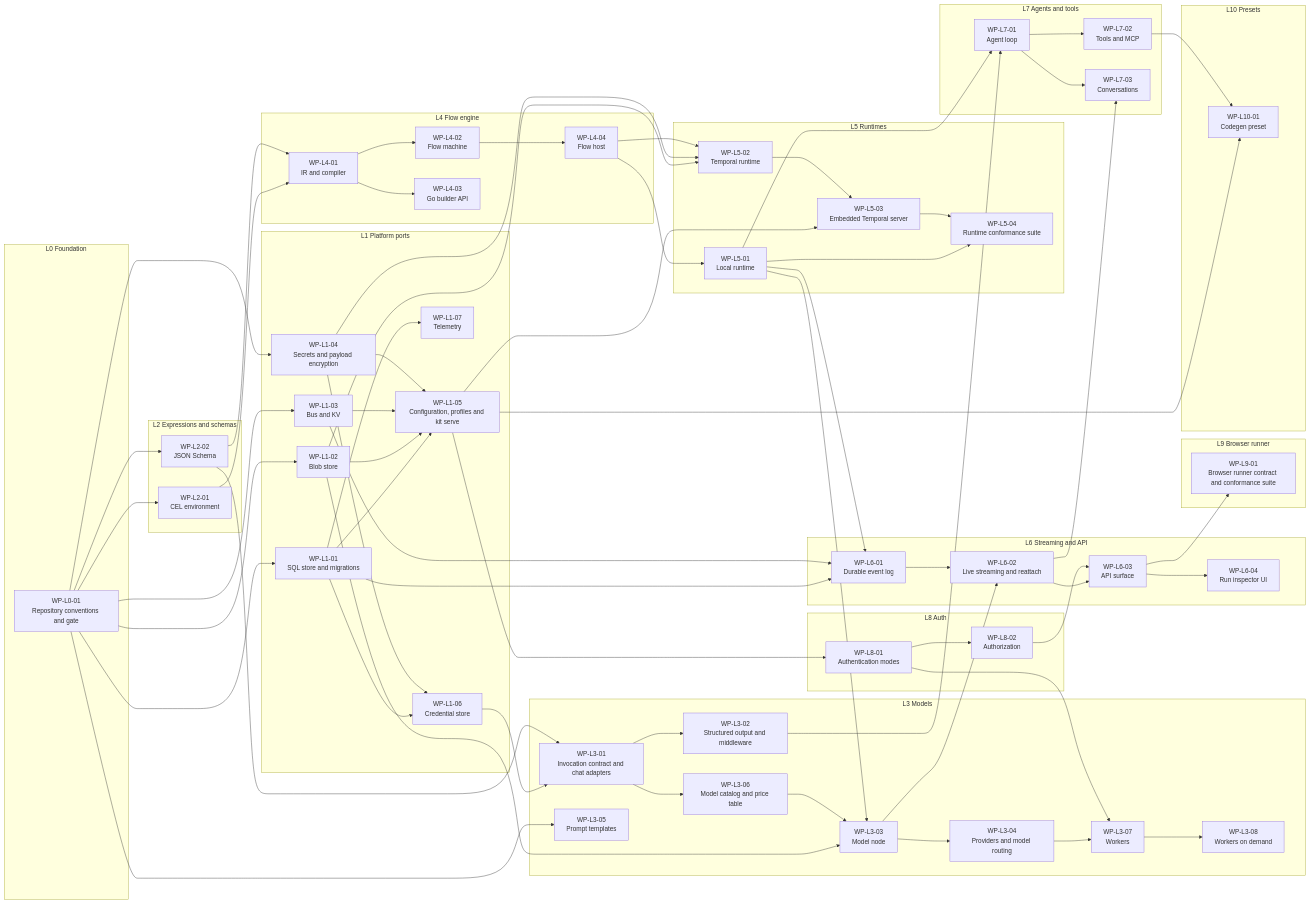
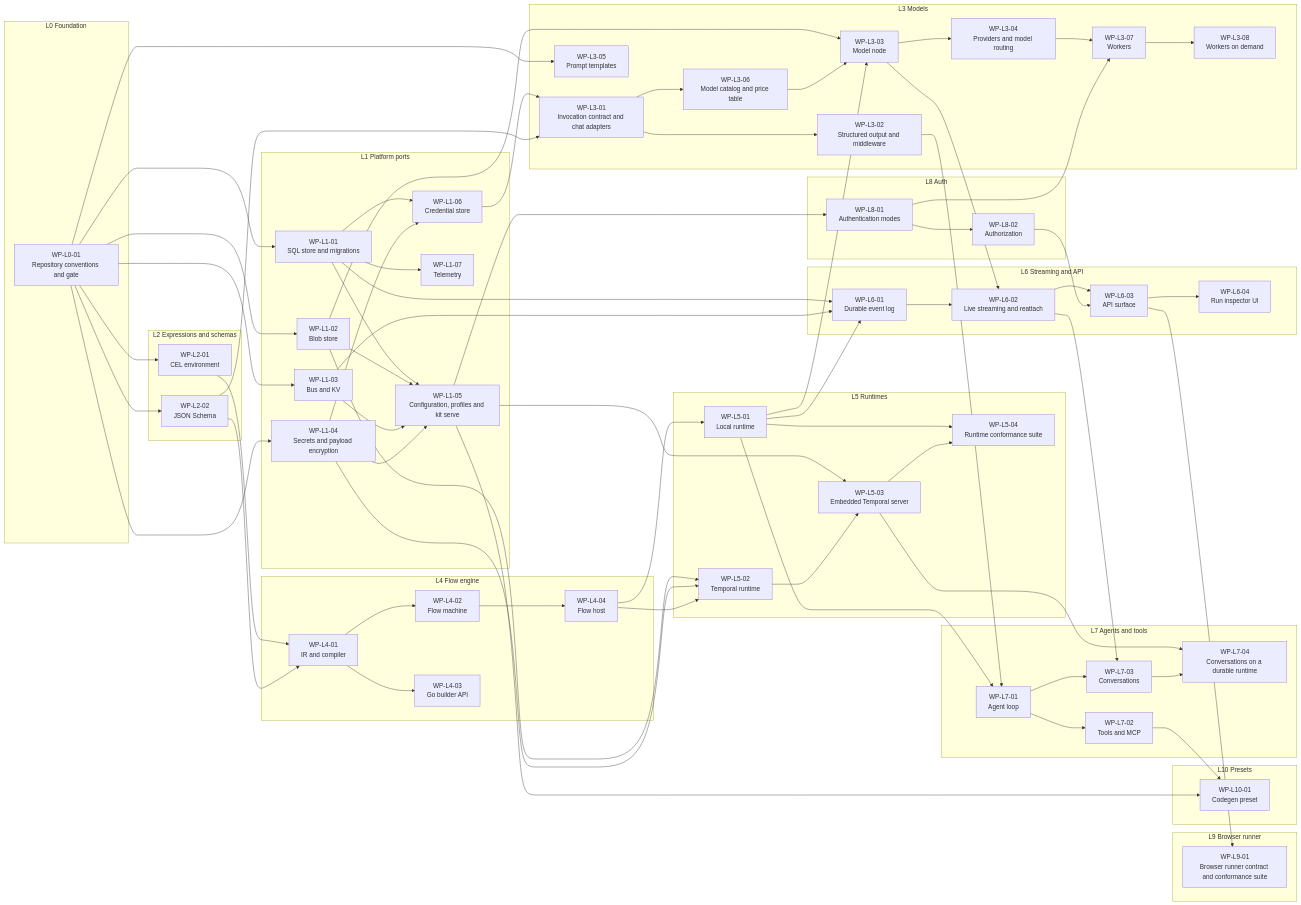
One commit to epzero/basamento changed the second of 2 diagrams in docs/roadmap/README.md. Above: the diagram before and after it, drawn with Mermaid. The commit also changed 4 other files, not shown here.

First line of the commit message:
spec(conversations): crash-resume on the temporal runtime (WP-L7-04)

```diff
--- a/docs/roadmap/README.md
+++ b/docs/roadmap/README.md
@@ -111,6 +111,7 @@
     WP_L7_01["WP-L7-01<br/>Agent loop"]
     WP_L7_02["WP-L7-02<br/>Tools and MCP"]
     WP_L7_03["WP-L7-03<br/>Conversations"]
+    WP_L7_04["WP-L7-04<br/>Conversations on a durable runtime"]
   end
   subgraph L8_epic["L8 Auth"]
     WP_L8_01["WP-L8-01<br/>Authentication modes"]
@@ -167,6 +168,7 @@
   WP_L5_01 --> WP_L7_01
   WP_L5_02 --> WP_L5_03
   WP_L5_03 --> WP_L5_04
+  WP_L5_03 --> WP_L7_04
   WP_L6_01 --> WP_L6_02
   WP_L6_02 --> WP_L6_03
   WP_L6_02 --> WP_L7_03
@@ -175,6 +177,7 @@
   WP_L7_01 --> WP_L7_02
   WP_L7_01 --> WP_L7_03
   WP_L7_02 --> WP_L10_01
+  WP_L7_03 --> WP_L7_04
   WP_L8_01 --> WP_L3_07
   WP_L8_01 --> WP_L8_02
   WP_L8_02 --> WP_L6_03
```
